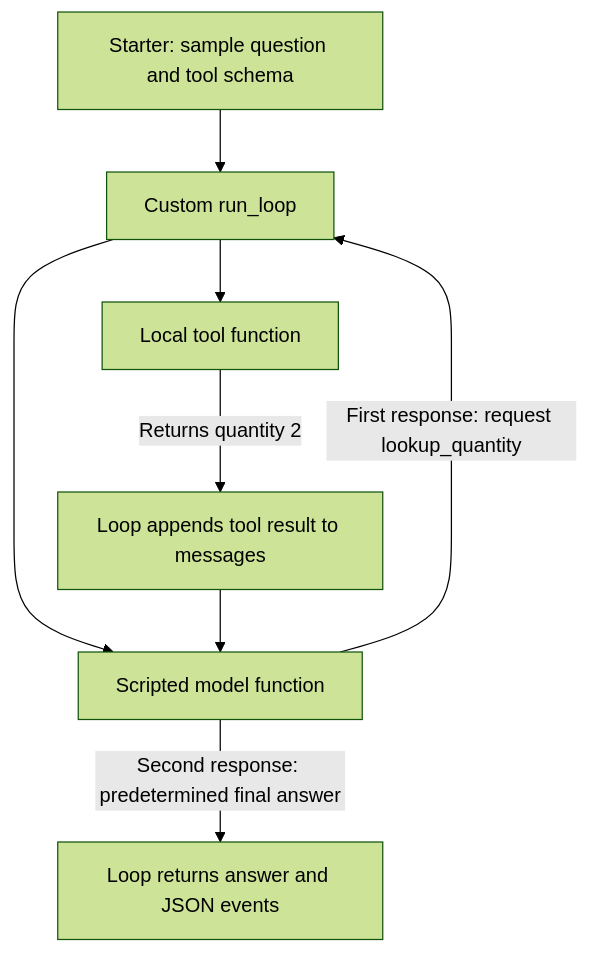
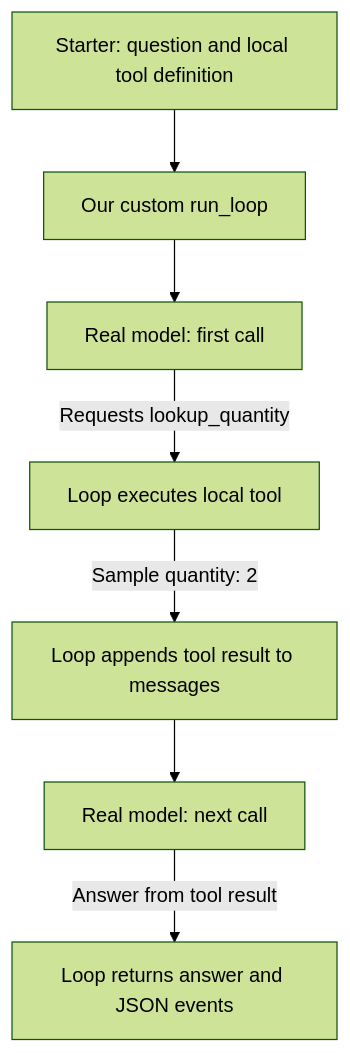
One commit to smakam/agentic-systems changed the diagram in course/exercises/agent-loop/exercise.md. Above: the diagram before and after it, drawn with Mermaid (forest theme). The commit also changed other lines of this file and 14 other files, not shown here.

Commit message:
Use real model with local tool and trim loop exercise to runnable files

````diff
--- a/course/exercises/agent-loop/exercise.md
+++ b/course/exercises/agent-loop/exercise.md
@@ -45,10 +43,9 @@
 ```mermaid
 flowchart TD
-    A[Starter: sample question and tool schema] --> B[Custom run_loop]
-    B --> C[Scripted model function]
-    C -->|First response: request lookup_quantity| B
-    B --> D[Local tool function]
-    D -->|Returns quantity 2| E[Loop appends tool result to messages]
-    E --> C
-    C -->|Second response: predetermined final answer| F[Loop returns answer and JSON events]
+    A[Starter: question and local tool definition] --> B[Our custom run_loop]
+    B --> C[Real model: first call]
+    C -->|Requests lookup_quantity| D[Loop executes local tool]
+    D -->|Sample quantity: 2| E[Loop appends tool result to messages]
+    E --> F[Real model: next call]
+    F -->|Answer from tool result| G[Loop returns answer and JSON events]
 ```
````
